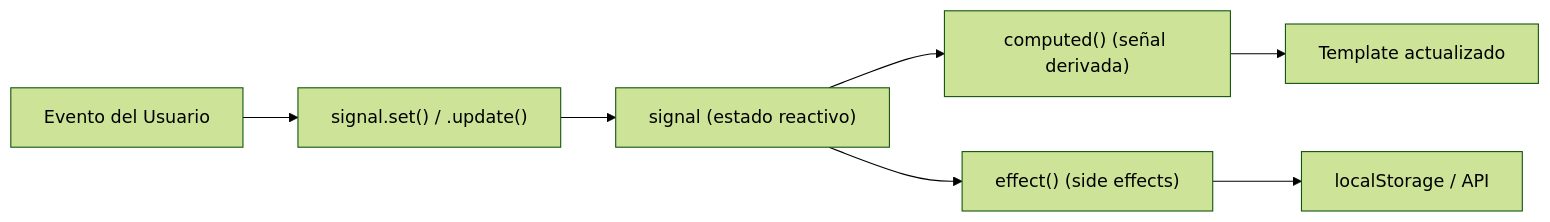
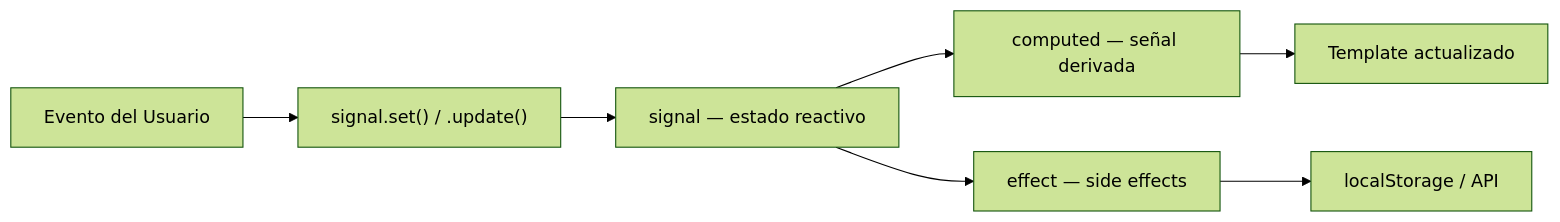
One commit to edgardo001/angular-mastery-roadmap changed the first of 2 diagrams in 04-estados-eventos/README.md. Above: the diagram before and after it, drawn with Mermaid (forest theme). The commit also changed other lines of this file and 5 other files, not shown here.

````diff
--- a/04-estados-eventos/README.md
+++ b/04-estados-eventos/README.md
@@ -14,9 +22,9 @@
 ```mermaid
 flowchart LR
     EVT["Evento del Usuario"] --> SET["signal.set() / .update()"]
-    SET --> SIG["signal<T> (estado reactivo)"]
-    SIG --> COMP["computed() (señal derivada)"]
+    SET --> SIG["signal — estado reactivo"]
+    SIG --> COMP["computed — señal derivada"]
     COMP --> TEMP["Template actualizado"]
-    SIG --> EFF["effect() (side effects)"]
+    SIG --> EFF["effect — side effects"]
     EFF --> PERS["localStorage / API"]
 ```
````
